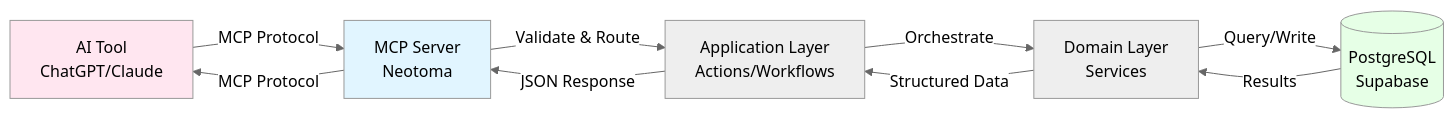
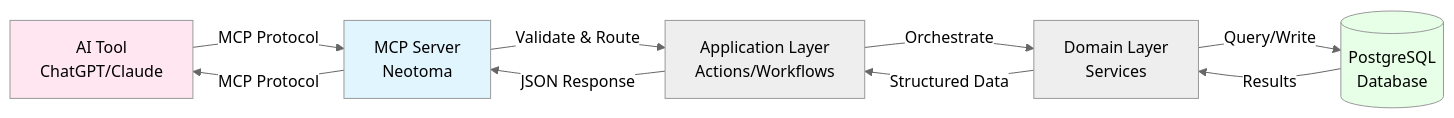
One commit to markmhendrickson/neotoma changed the diagram in docs/specs/MCP_SPEC.md. Above: the diagram before and after it, drawn with Mermaid. The commit also changed other lines of this file and 695 other files, not shown here.

````diff
--- a/docs/specs/MCP_SPEC.md
+++ b/docs/specs/MCP_SPEC.md
@@ -28,20 +28,20 @@
 ```mermaid
 %%{init: {'theme':'neutral'}}%%
 flowchart LR
     AI[AI Tool<br/>ChatGPT/Claude]
     MCP[MCP Server<br/>Neotoma]
     App[Application Layer<br/>Actions/Workflows]
     Domain[Domain Layer<br/>Services]
-    DB[(PostgreSQL<br/>Supabase)]
+    DB[(PostgreSQL<br/>Database)]
     AI -->|MCP Protocol| MCP
     MCP -->|Validate & Route| App
     App -->|Orchestrate| Domain
     Domain -->|Query/Write| DB
     DB -->|Results| Domain
     Domain -->|Structured Data| App
     App -->|JSON Response| MCP
     MCP -->|MCP Protocol| AI
     style AI fill:#ffe6f0
     style MCP fill:#e1f5ff
     style DB fill:#e6ffe6
 ```
````
